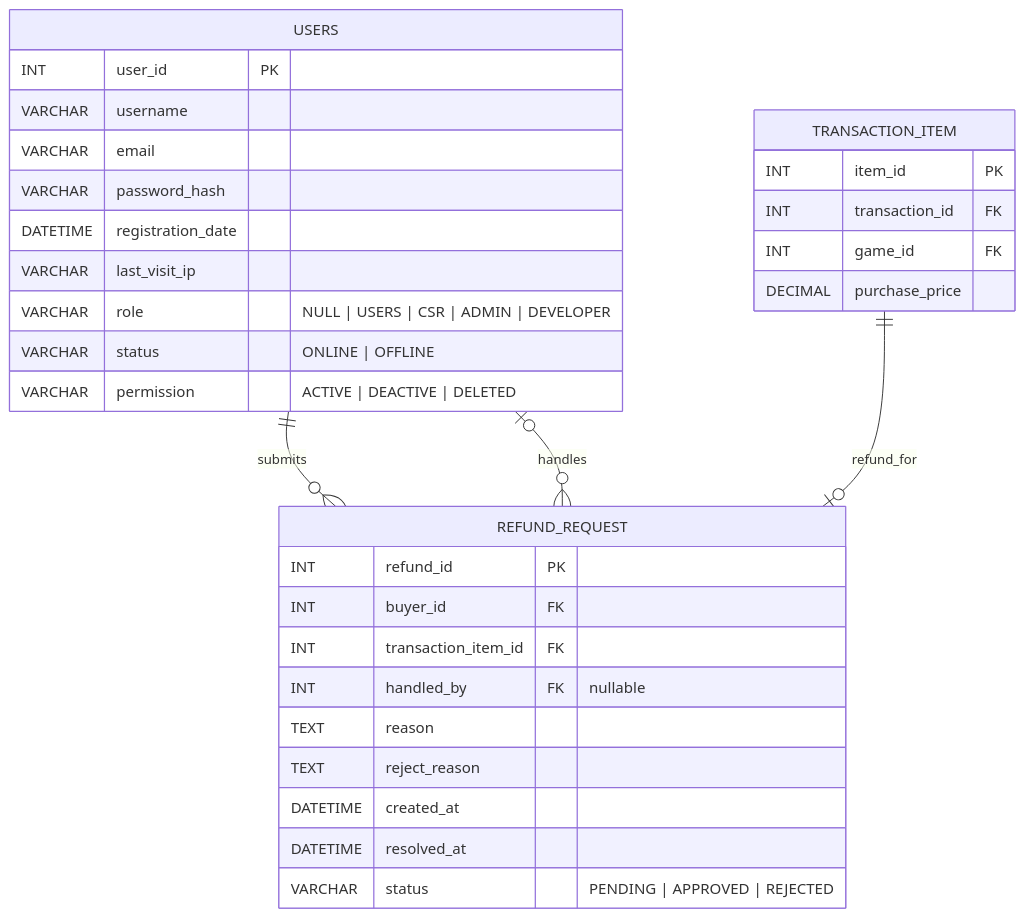
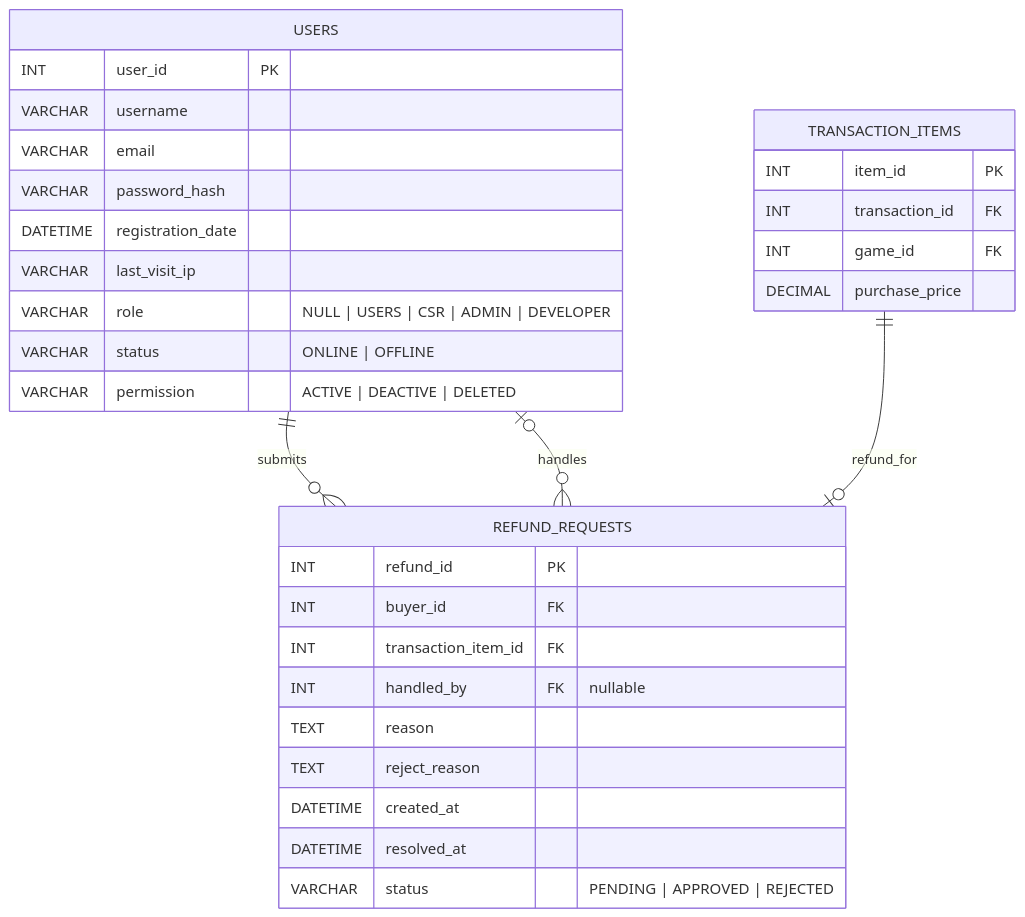
The diagram in mermaid/mermaid_modules/07_Refund_Request.mermaid (willie6666/dbms), drawn with Mermaid before and after one commit. The commit also changed 10 other files, not shown here.

Commit message:
feat: add entity relationship diagram for gaming platform database schema

```diff
--- a/mermaid/mermaid_modules/07_Refund_Request.mermaid
+++ b/mermaid/mermaid_modules/07_Refund_Request.mermaid
@@ -1,33 +1,33 @@
 erDiagram
     USERS {
         INT user_id PK
         VARCHAR username
         VARCHAR email
         VARCHAR password_hash
         DATETIME registration_date
         VARCHAR last_visit_ip
         VARCHAR role "NULL | USERS | CSR | ADMIN | DEVELOPER"
         VARCHAR status "ONLINE | OFFLINE"
         VARCHAR permission "ACTIVE | DEACTIVE | DELETED"
     }
-    TRANSACTION_ITEM {
+    TRANSACTION_ITEMS {
         INT item_id PK
         INT transaction_id FK
         INT game_id FK
         DECIMAL purchase_price
     }
-    REFUND_REQUEST {
+    REFUND_REQUESTS {
         INT refund_id PK
         INT buyer_id FK
         INT transaction_item_id FK
         INT handled_by FK "nullable"
         TEXT reason
         TEXT reject_reason
         DATETIME created_at
         DATETIME resolved_at
         VARCHAR status "PENDING | APPROVED | REJECTED"
     }
 
-    USERS ||--o{ REFUND_REQUEST : submits
-    USERS o|--o{ REFUND_REQUEST : handles
-    TRANSACTION_ITEM ||--o| REFUND_REQUEST : refund_for
+    USERS ||--o{ REFUND_REQUESTS : submits
+    USERS o|--o{ REFUND_REQUESTS : handles
+    TRANSACTION_ITEMS ||--o| REFUND_REQUESTS : refund_for
```
